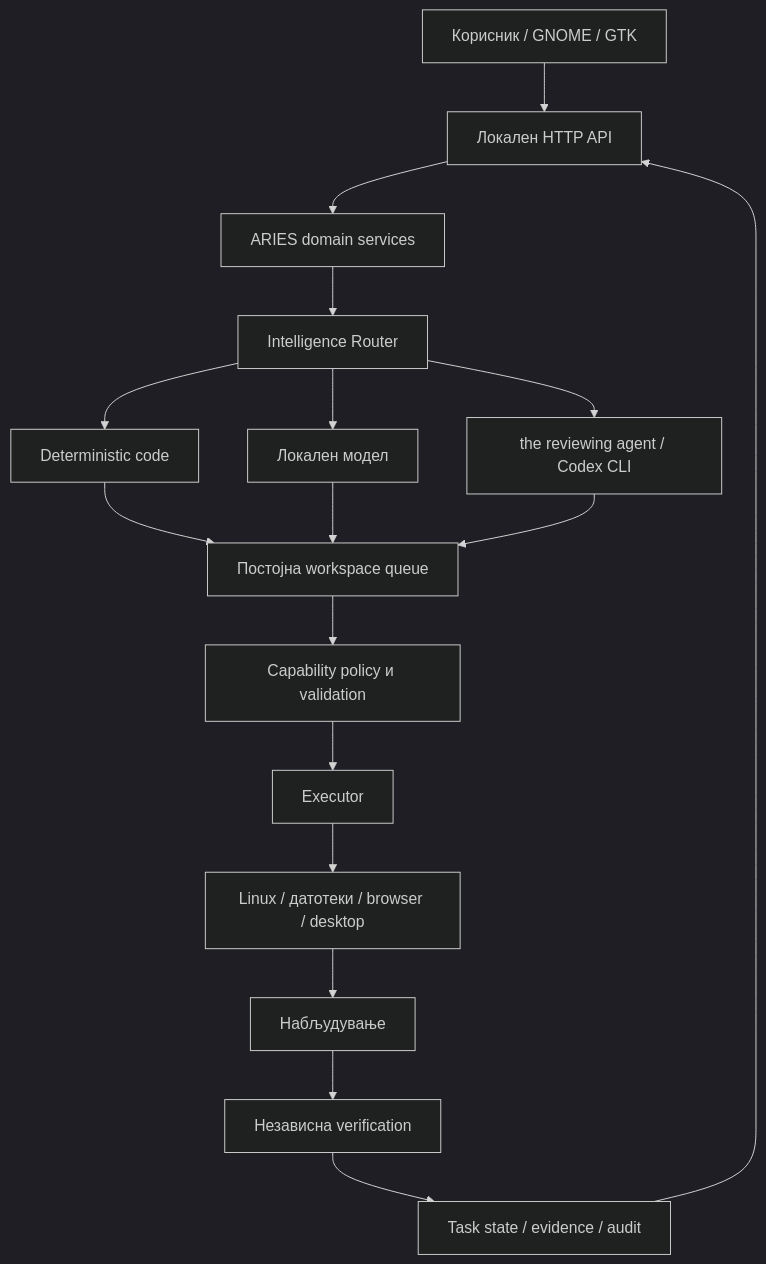
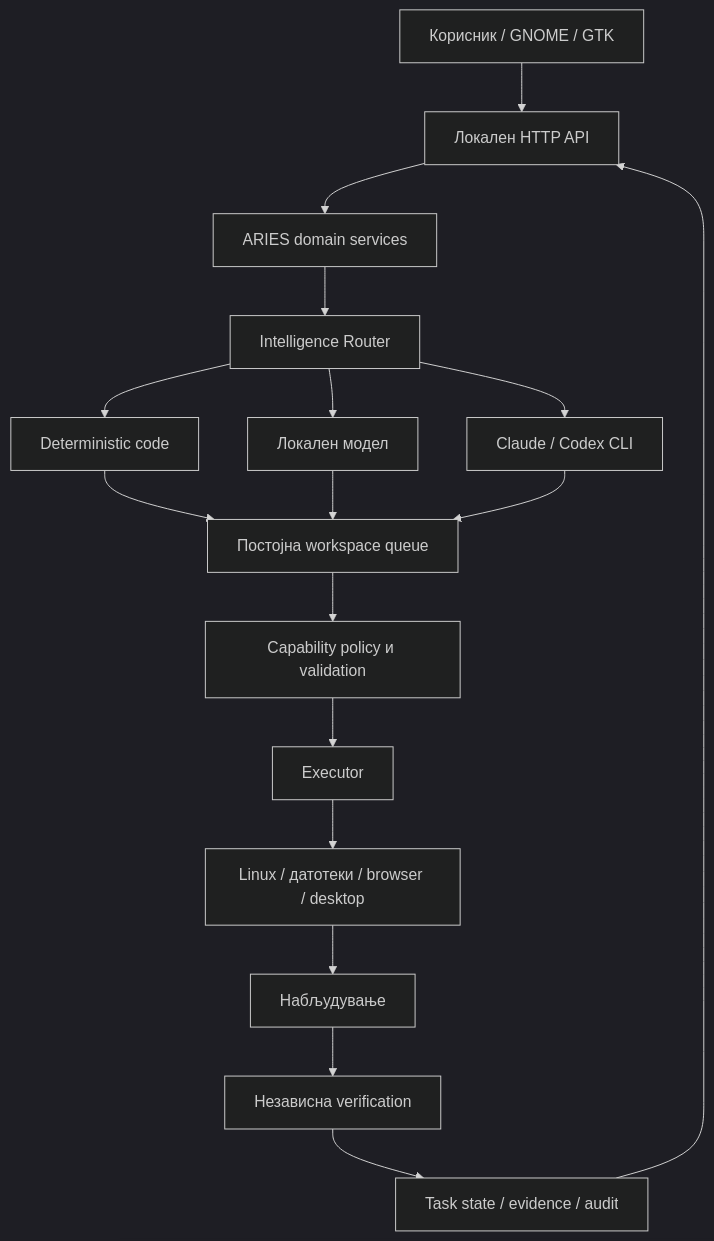
The diagram in docs/technical-report-assets/workflow-1.mmd (stamenovmartin/aries), drawn with Mermaid (dark theme) before and after one commit. The commit also changed 22 other files, not shown here.

```diff
--- a/docs/technical-report-assets/workflow-1.mmd
+++ b/docs/technical-report-assets/workflow-1.mmd
@@ -1,17 +1,17 @@
 flowchart TD
     U[Корисник / GNOME / GTK] --> API[Локален HTTP API]
     API --> D[ARIES domain services]
     D --> IR[Intelligence Router]
     IR --> CODE[Deterministic code]
     IR --> LOCAL[Локален модел]
-    IR --> CLOUD[the reviewing agent / Codex CLI]
+    IR --> CLOUD[Claude / Codex CLI]
     CODE --> Q[Постојна workspace queue]
     LOCAL --> Q
     CLOUD --> Q
     Q --> P[Capability policy и validation]
     P --> EX[Executor]
     EX --> OS[Linux / датотеки / browser / desktop]
     OS --> OBS[Набљудување]
     OBS --> V[Независна verification]
     V --> DB[Task state / evidence / audit]
     DB --> API
```
